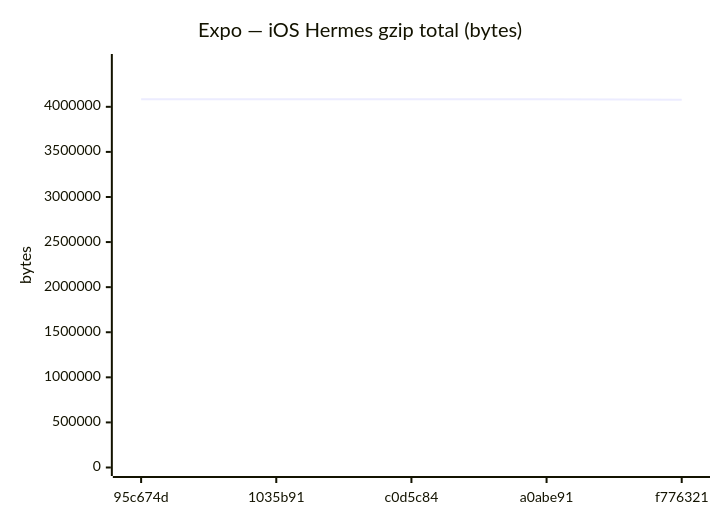
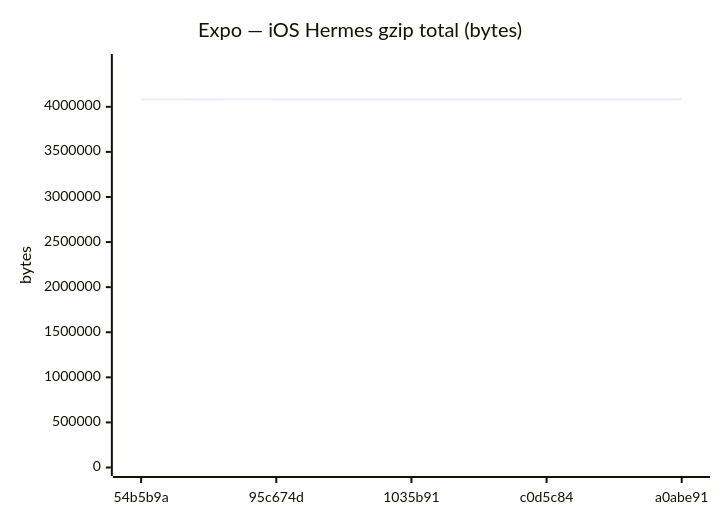
One commit to Metaheurist/Rianell changed diagram 12 of 18 in benchmarks/compare.md. Above: the diagram before and after it, drawn with Mermaid. The commit also changed other lines of this file and 11 other files, not shown here.

````diff
--- a/benchmarks/compare.md
+++ b/benchmarks/compare.md
@@ -179,7 +179,7 @@
 ```mermaid
 xychart-beta
     title "Expo — iOS Hermes gzip total (bytes)"
-    x-axis ["95c674d", "1035b91", "c0d5c84", "a0abe91", "f776321"]
+    x-axis ["54b5b9a", "95c674d", "1035b91", "c0d5c84", "a0abe91"]
     y-axis "bytes" 0 --> 4491419
-    line [4083105, 4083108, 4083106, 4083107, 4079675]
+    line [4082348, 4083105, 4083108, 4083106, 4083107]
 ```
````
